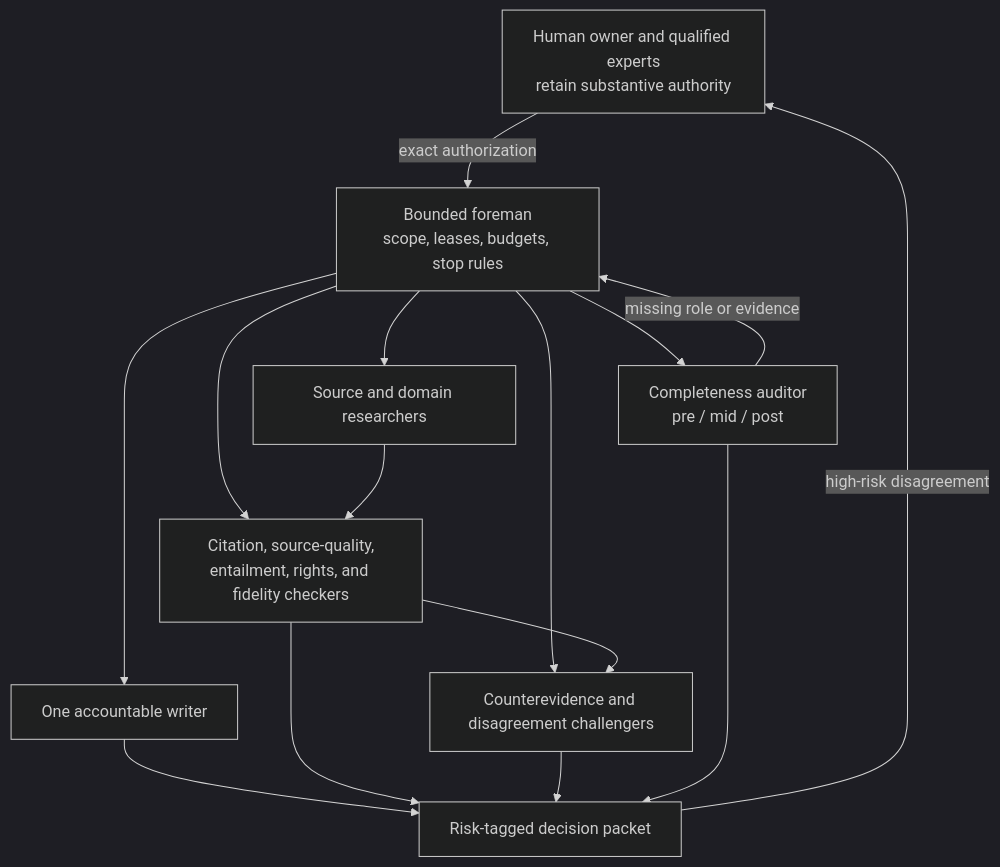
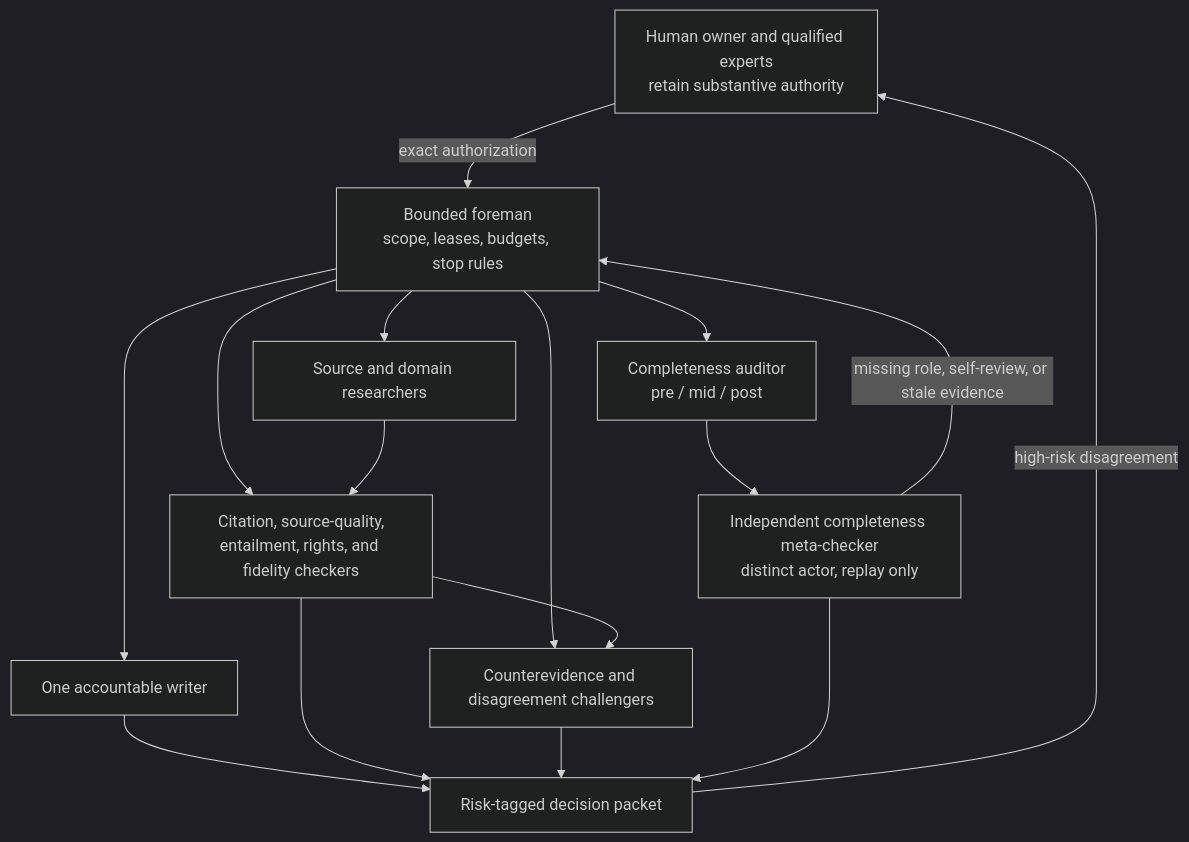
The third of 7 diagrams in PORTFOLIO.md (lowelltwong-alt/logos-governance-architecture), drawn with Mermaid (dark theme) before and after one commit. The commit also changed other lines of this file and 140 other files, not shown here.

````diff
--- a/PORTFOLIO.md
+++ b/PORTFOLIO.md
@@ -132,26 +133,28 @@
 ```mermaid
 flowchart TB
   OWNER["Human owner and qualified experts<br/>retain substantive authority"]
   FOREMAN["Bounded foreman<br/>scope, leases, budgets, stop rules"]
   WRITER["One accountable writer"]
   SOURCES["Source and domain researchers"]
   CHECKERS["Citation, source-quality,<br/>entailment, rights, and fidelity checkers"]
   CHALLENGE["Counterevidence and disagreement challengers"]
   COMPLETE["Completeness auditor<br/>pre / mid / post"]
+  META["Independent completeness meta-checker<br/>distinct actor, replay only"]
   DECISION["Risk-tagged decision packet"]
 
   OWNER -->|"exact authorization"| FOREMAN
   FOREMAN --> WRITER
   FOREMAN --> SOURCES
   FOREMAN --> CHECKERS
   FOREMAN --> CHALLENGE
   FOREMAN --> COMPLETE
+  COMPLETE --> META
   SOURCES --> CHECKERS
   CHECKERS --> CHALLENGE
-  COMPLETE -->|"missing role or evidence"| FOREMAN
+  META -->|"missing role, self-review, or stale evidence"| FOREMAN
   WRITER --> DECISION
   CHECKERS --> DECISION
   CHALLENGE --> DECISION
-  COMPLETE --> DECISION
+  META --> DECISION
   DECISION -->|"high-risk disagreement"| OWNER
 ```
````
